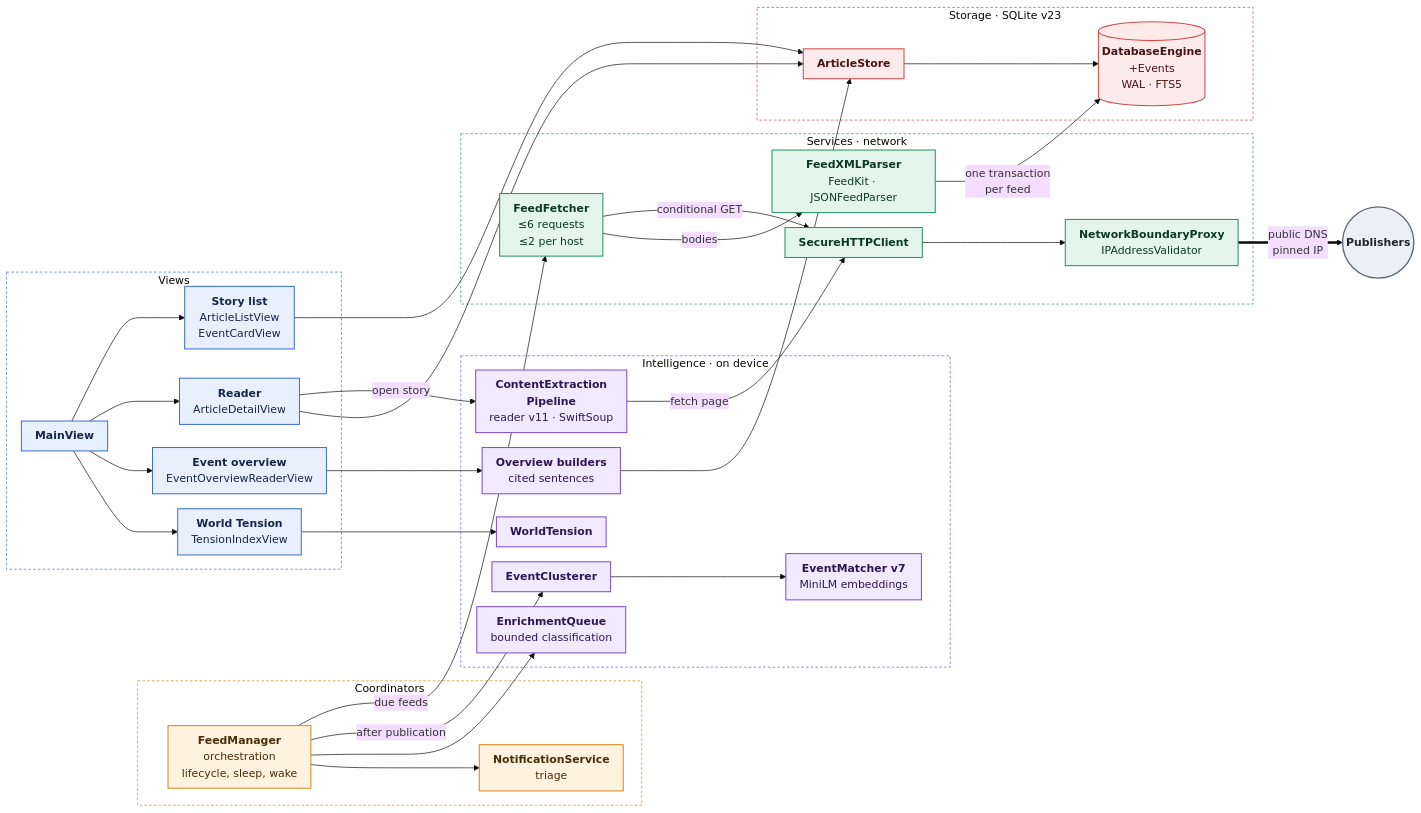
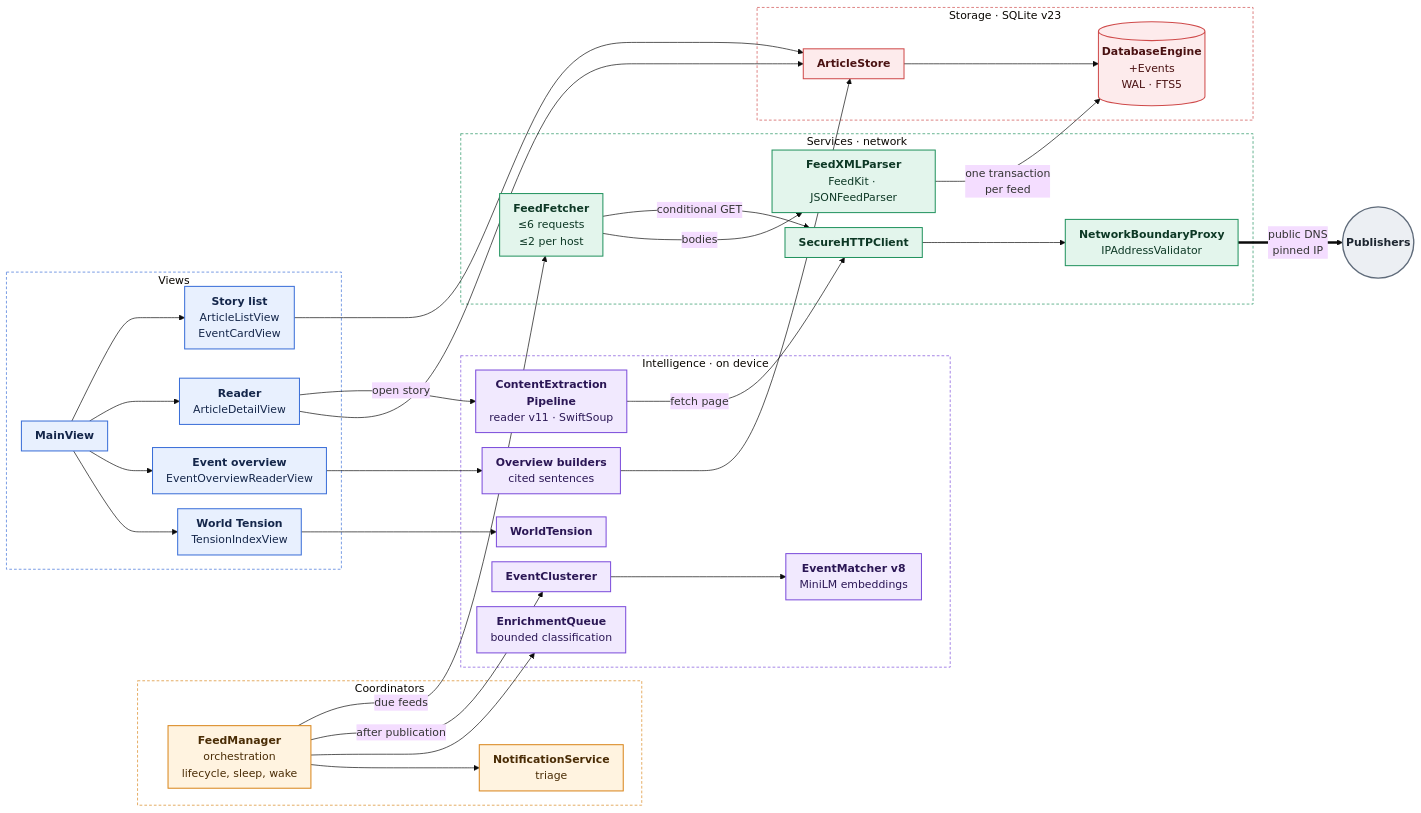
The first of 3 diagrams in docs/ARCHITECTURE.md (marspater/NewsApp-macOS), drawn with Mermaid (base theme) before and after one commit. The commit also changed other lines of this file and 9 other files, not shown here.

````diff
--- a/docs/ARCHITECTURE.md
+++ b/docs/ARCHITECTURE.md
@@ -22,75 +22,75 @@
 ```mermaid
 %%{init: {"flowchart": {"curve": "basis", "nodeSpacing": 22, "rankSpacing": 44, "padding": 10}}}%%
 flowchart LR
     subgraph Coord["Coordinators"]
         FM["<b>FeedManager</b><br/>orchestration<br/>lifecycle, sleep, wake"]
         NS["<b>NotificationService</b><br/>triage"]
     end
 
     subgraph UI["Views"]
         Main["<b>MainView</b>"]
         List["<b>Story list</b><br/>ArticleListView<br/>EventCardView"]
         Reader["<b>Reader</b><br/>ArticleDetailView"]
         Overview["<b>Event overview</b><br/>EventOverviewReaderView"]
         Tension["<b>World Tension</b><br/>TensionIndexView"]
     end
 
     subgraph Intel["Intelligence · on device"]
         EQ["<b>EnrichmentQueue</b><br/>bounded classification"]
         EC["<b>EventClusterer</b>"]
-        EM["<b>EventMatcher v7</b><br/>MiniLM embeddings"]
+        EM["<b>EventMatcher v8</b><br/>MiniLM embeddings"]
         CEP["<b>ContentExtraction<br/>Pipeline</b><br/>reader v11 · SwiftSoup"]
         OV["<b>Overview builders</b><br/>cited sentences"]
         WT["<b>WorldTension</b>"]
     end
 
     subgraph Svc["Services · network"]
         FF["<b>FeedFetcher</b><br/>≤6 requests<br/>≤2 per host"]
         Parse["<b>FeedXMLParser</b><br/>FeedKit · JSONFeedParser"]
         HTTP["<b>SecureHTTPClient</b>"]
         GW["<b>NetworkBoundaryProxy</b><br/>IPAddressValidator"]
     end
 
     subgraph Store["Storage · SQLite v23"]
         AS["<b>ArticleStore</b>"]
         DB[("<b>DatabaseEngine</b><br/>+Events<br/>WAL · FTS5")]
     end
 
     Net(("<b>Publishers</b>"))
 
     FM -->|due feeds| FF
     FM -->|after publication| EC
     FM --> EQ & NS
     EC --> EM
     FF -->|conditional GET| HTTP
     FF -->|bodies| Parse
     Parse -->|one transaction<br/>per feed| DB
     Main --> List & Reader & Overview & Tension
     Reader -->|open story| CEP
     CEP -->|fetch page| HTTP
     HTTP --> GW
     GW ==>|public DNS<br/>pinned IP| Net
     Overview --> OV
     OV --> AS
     List & Reader --> AS
     AS --> DB
     Tension --> WT
 
     classDef ui fill:#E8F0FE,stroke:#3B6FD8,stroke-width:1.5px,color:#14264A
     classDef coord fill:#FFF3E0,stroke:#D9861C,stroke-width:1.5px,color:#4A2C05
     classDef intel fill:#F1E9FE,stroke:#7C4DDB,stroke-width:1.5px,color:#2B1755
     classDef svc fill:#E3F5EC,stroke:#23935F,stroke-width:1.5px,color:#0D3825
     classDef store fill:#FDEBEC,stroke:#CF4A4A,stroke-width:1.5px,color:#4A1212
     classDef ext fill:#ECEFF3,stroke:#5F6B7A,stroke-width:2px,color:#1E2630
     class Main,List,Reader,Overview,Tension ui
     class FM,NS coord
     class CEP,EQ,EC,EM,OV,WT intel
     class FF,Parse,HTTP,GW svc
     class AS,DB store
     class Net ext
     style UI fill:none,stroke:#3B6FD8,stroke-dasharray:4 3
     style Coord fill:none,stroke:#D9861C,stroke-dasharray:4 3
     style Intel fill:none,stroke:#7C4DDB,stroke-dasharray:4 3
     style Svc fill:none,stroke:#23935F,stroke-dasharray:4 3
     style Store fill:none,stroke:#CF4A4A,stroke-dasharray:4 3
 ```
````
